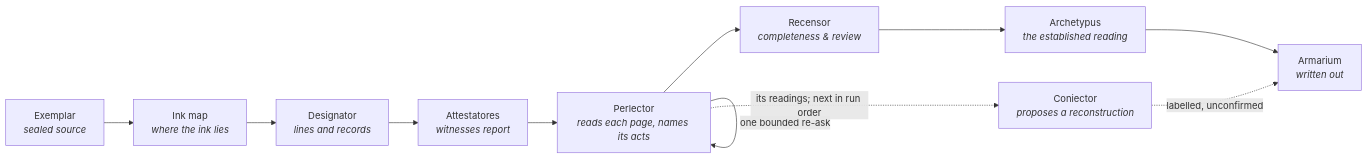
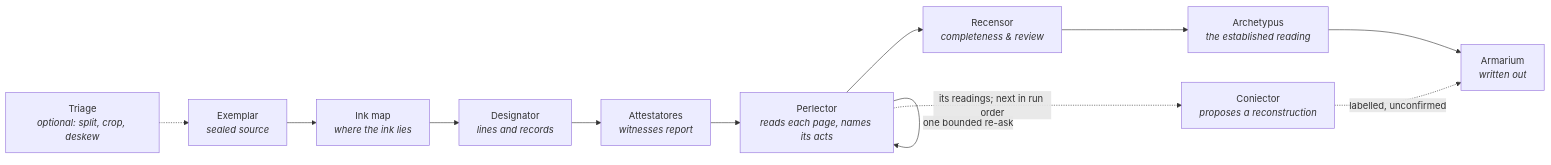
The first of 2 diagrams in ARCHITECTURE.md (MegaSlick/Apparatus-Verbatus-Alpha), drawn with Mermaid before and after one commit. The commit also changed other lines of this file and 4 other files, not shown here.

````diff
--- a/ARCHITECTURE.md
+++ b/ARCHITECTURE.md
@@ -29,13 +29,14 @@
 ```mermaid
 flowchart LR
+    T["Triage<br/><i>optional: split, crop, deskew</i>"] -.-> A
     A["Exemplar<br/><i>sealed source</i>"] --> I["Ink map<br/><i>where the ink lies</i>"]
     I --> B["Designator<br/><i>lines and records</i>"]
     B --> C["Attestatores<br/><i>witnesses report</i>"]
     C --> D["Perlector<br/><i>reads each page, names its acts</i>"]
     D -->|"one bounded re-ask"| D
     D --> E["Recensor<br/><i>completeness & review</i>"]
     E --> F["Archetypus<br/><i>the established reading</i>"]
     F --> G["Armarium<br/><i>written out</i>"]
     D -.->|"its readings; next in run order"| K["Coniector<br/><i>proposes a reconstruction</i>"]
     K -.->|"labelled, unconfirmed"| G
 ```
````
